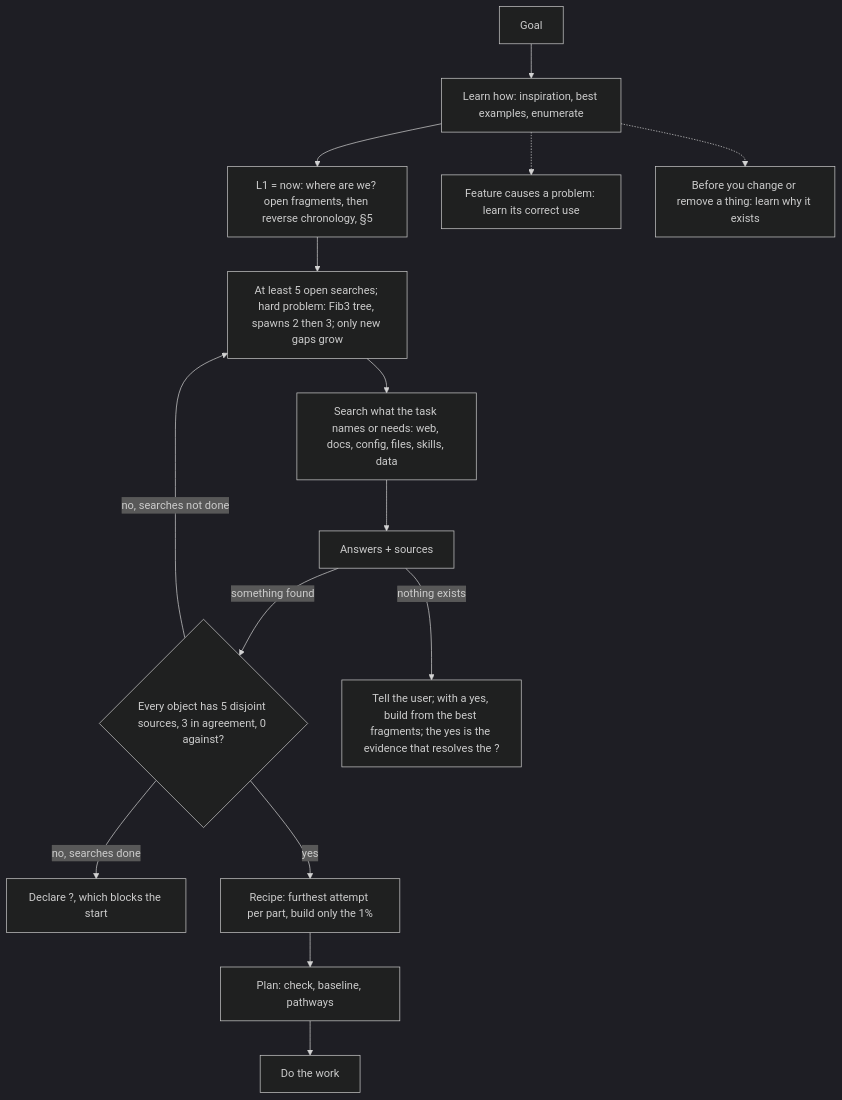
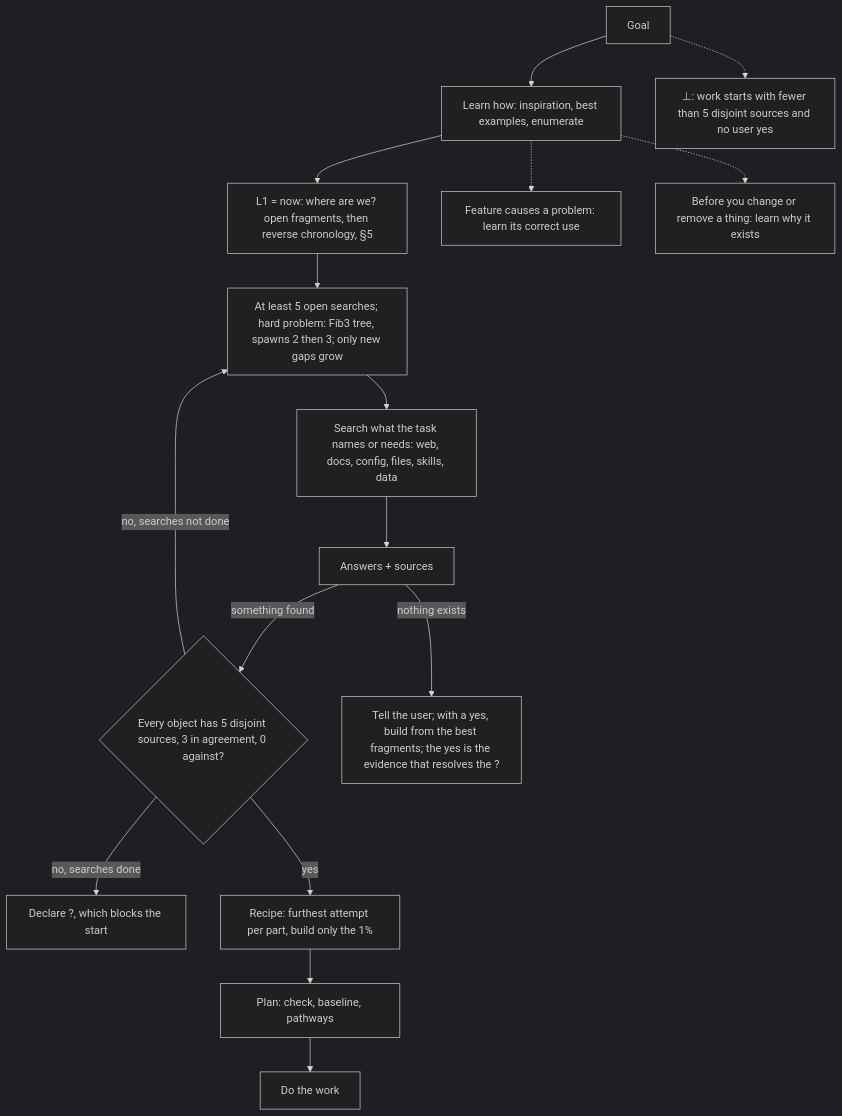
The fourth of 14 diagrams in AGENTS.md (SolenixAI/arbiter), drawn with Mermaid (dark theme) before and after one commit. The commit also changed other lines of this file, not shown here.

````diff
--- a/AGENTS.md
+++ b/AGENTS.md
@@ -207,11 +219,12 @@
 ```mermaid
 flowchart TD
   G[Goal] --> L[Learn how: inspiration, best examples, enumerate] --> F1["L1 = now: where are we? open fragments, then reverse chronology, §5"] --> Q["At least 5 open searches; hard problem: Fib3 tree, spawns 2 then 3; only new gaps grow"] --> S[Search what the task names or needs: web, docs, config, files, skills, data]
   S --> A[Answers + sources] -->|something found| N{Every object has 5 disjoint sources, 3 in agreement, 0 against?}
   N -->|no, searches not done| Q
   N -->|no, searches done| X3["Declare ?, which blocks the start"]
   N -->|yes| R[Recipe: furthest attempt per part, build only the 1%] --> P[Plan: check, baseline, pathways] --> B[Do the work]
   A -->|nothing exists| U["Tell the user; with a yes, build from the best fragments; the yes is the evidence that resolves the ?"]
   L -.-> NB[Feature causes a problem: learn its correct use]
   L -.-> CF[Before you change or remove a thing: learn why it exists]
+  G -.-> BOT["⊥: work starts with fewer than 5 disjoint sources and no user yes"]
 ```
````
